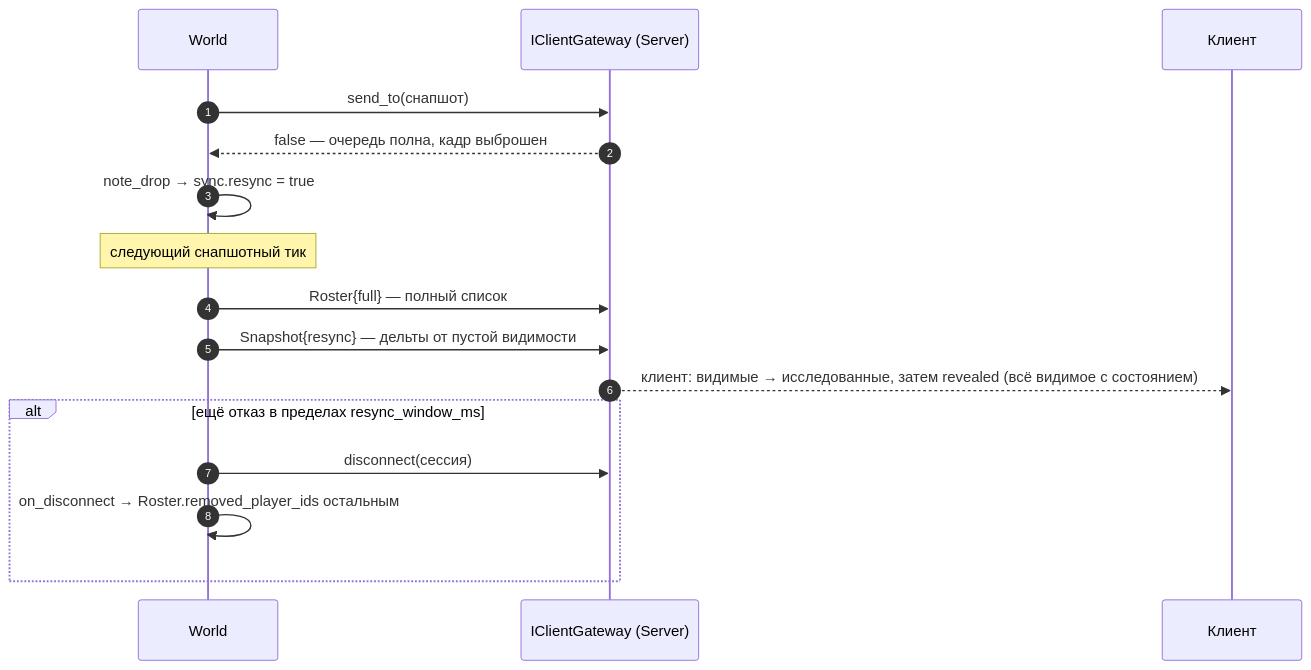
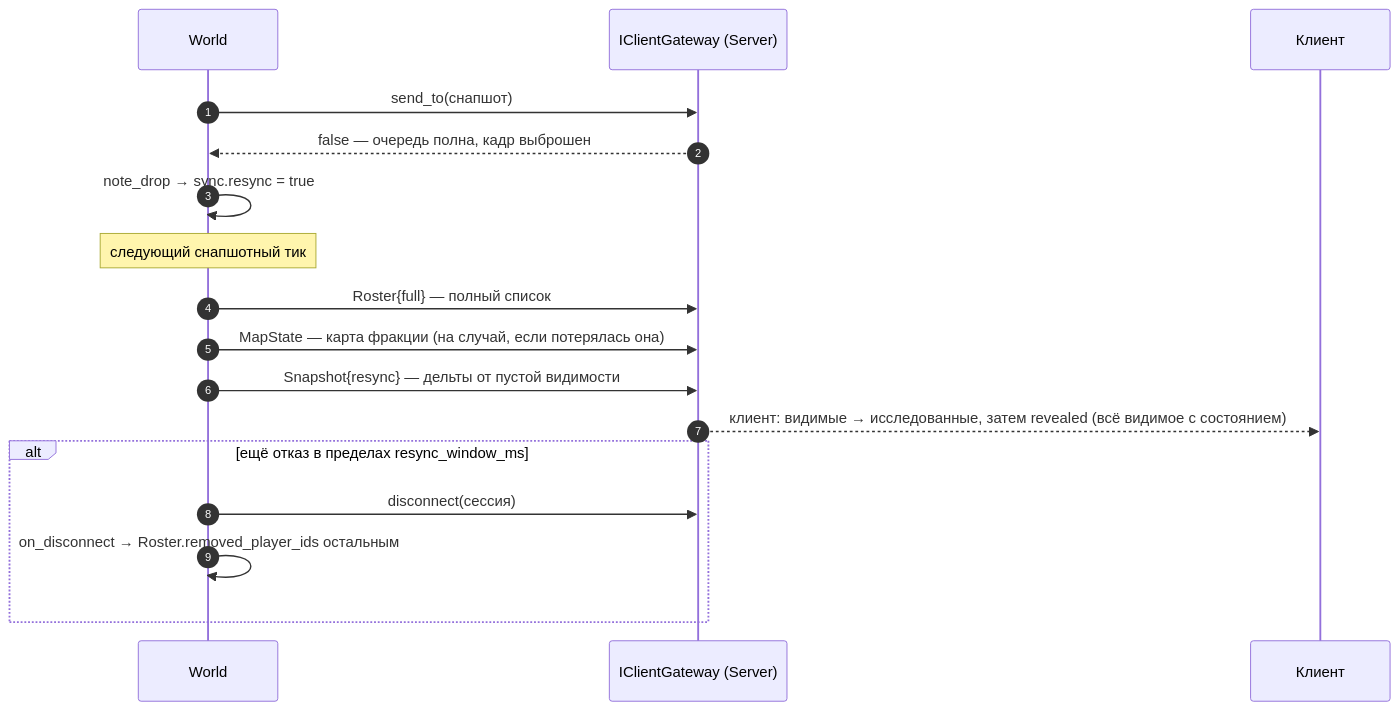
Diagram 12 of 12 in server/docs/sequence-diagram.md (litcxx/Game), drawn with Mermaid before and after one commit. The commit also changed other lines of this file and 5 other files, not shown here.

````diff
--- a/server/docs/sequence-diagram.md
+++ b/server/docs/sequence-diagram.md
@@ -371,19 +397,20 @@
 ```mermaid
 sequenceDiagram
     autonumber
     participant world as World
     participant gw as IClientGateway (Server)
     participant C as Клиент
 
     world->>gw: send_to(снапшот)
     gw-->>world: false — очередь полна, кадр выброшен
     world->>world: note_drop → sync.resync = true
     Note over world: следующий снапшотный тик
     world->>gw: Roster{full} — полный список
+    world->>gw: MapState — карта фракции (на случай, если потерялась она)
     world->>gw: Snapshot{resync} — дельты от пустой видимости
     gw-->>C: клиент: видимые → исследованные, затем revealed (всё видимое с состоянием)
     alt ещё отказ в пределах resync_window_ms
         world->>gw: disconnect(сессия)
         world->>world: on_disconnect → Roster.removed_player_ids остальным
     end
 ```
````
